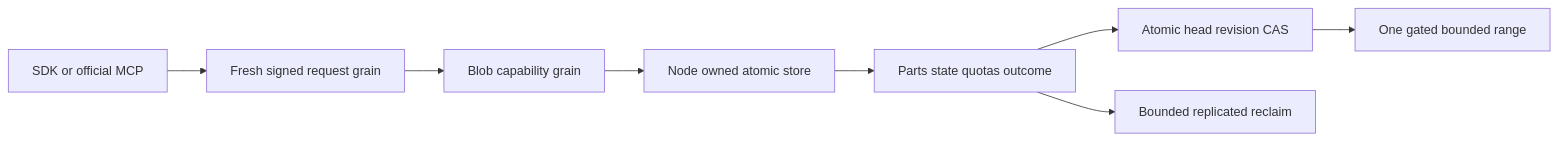
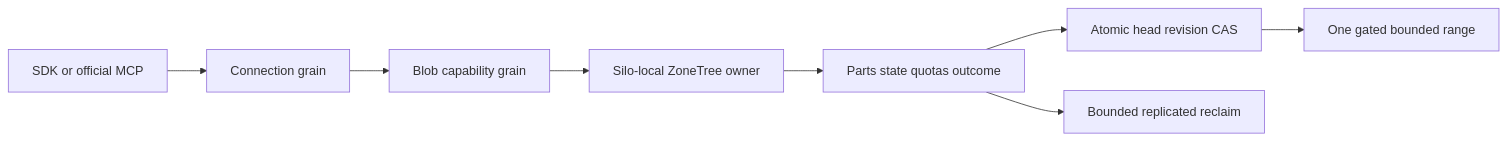
Before and after one commit to managedcode/KeyLoad: the diagram in docs/ADR/ADR-038-chunked-blob-storage.md, drawn with Mermaid. The commit also changed other lines of this file and 7356 other files, not shown here.

````diff
--- a/docs/ADR/ADR-038-chunked-blob-storage.md
+++ b/docs/ADR/ADR-038-chunked-blob-storage.md
@@ -23,10 +22,10 @@
 ```mermaid
 flowchart LR
-    Caller[SDK or official MCP] --> Request[Fresh signed request grain]
+    Caller[SDK or official MCP] --> Request[Connection grain]
     Request --> Capability[Blob capability grain]
-    Capability --> Host[Node owned atomic store]
+    Capability --> Host[Silo-local ZoneTree owner]
     Host --> Stage[Parts state quotas outcome]
     Stage --> CAS[Atomic head revision CAS]
     CAS --> Read[One gated bounded range]
     Stage --> Cleanup[Bounded replicated reclaim]
 ```
````
